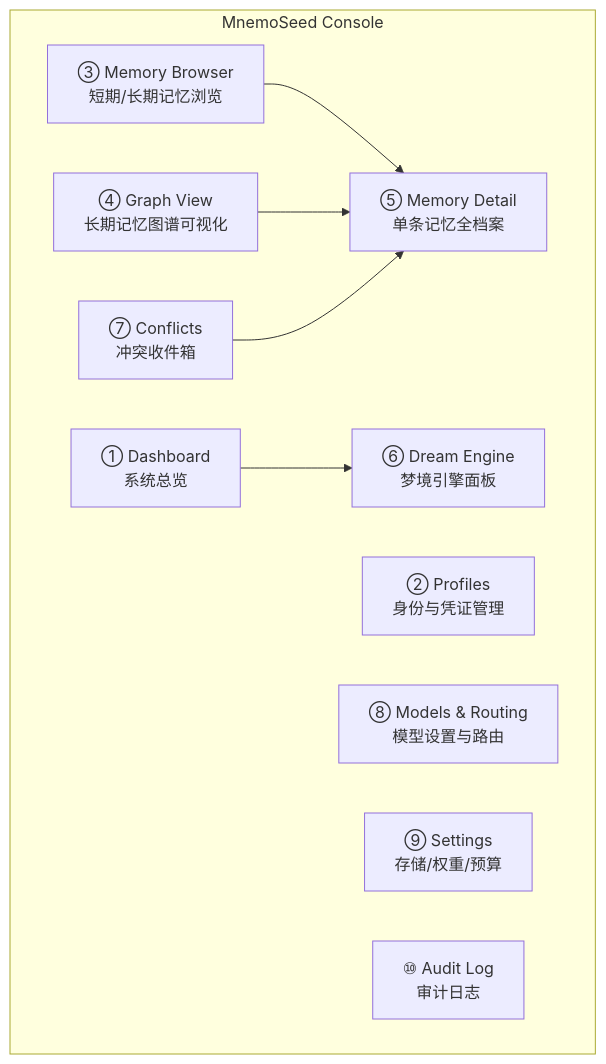
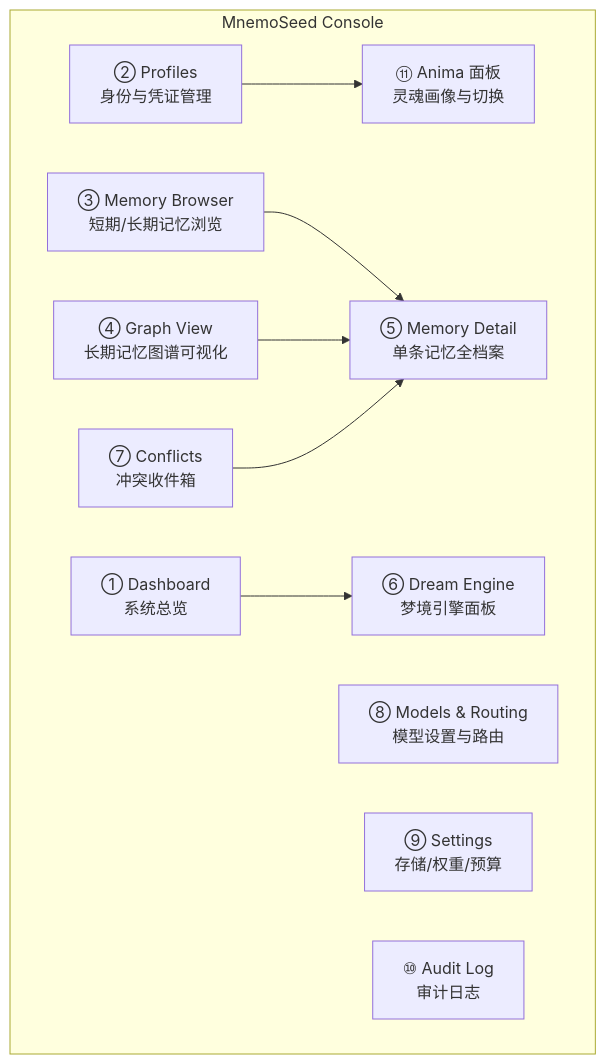
The first of 2 diagrams in docs/design/07-管理控制台.md (MnemoSeed/mnemoseed), drawn with Mermaid before and after one commit. The commit also changed other lines of this file and 12 other files, not shown here.

````diff
--- a/docs/design/07-管理控制台.md
+++ b/docs/design/07-管理控制台.md
@@ -17,19 +17,21 @@
 ```mermaid
 flowchart TB
     subgraph Console["MnemoSeed Console"]
         DASH["① Dashboard<br/>系统总览"]
         PROF["② Profiles<br/>身份与凭证管理"]
         MEM["③ Memory Browser<br/>短期/长期记忆浏览"]
         GRAPH["④ Graph View<br/>长期记忆图谱可视化"]
         DET["⑤ Memory Detail<br/>单条记忆全档案"]
         DREAM["⑥ Dream Engine<br/>梦境引擎面板"]
         CONF["⑦ Conflicts<br/>冲突收件箱"]
         MODEL["⑧ Models & Routing<br/>模型设置与路由"]
         SET["⑨ Settings<br/>存储/权重/预算"]
         AUDIT["⑩ Audit Log<br/>审计日志"]
+        ANIMA["⑪ Anima 面板<br/>灵魂画像与切换"]
     end
+    PROF --> ANIMA
     MEM --> DET
     GRAPH --> DET
     CONF --> DET
     DASH --> DREAM
 ```
````
